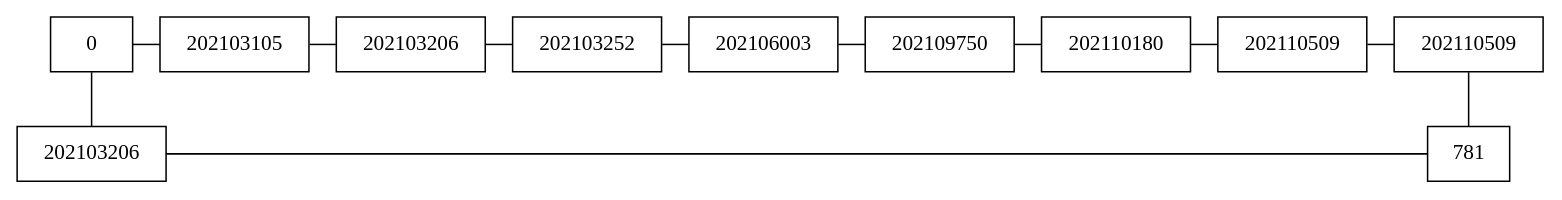
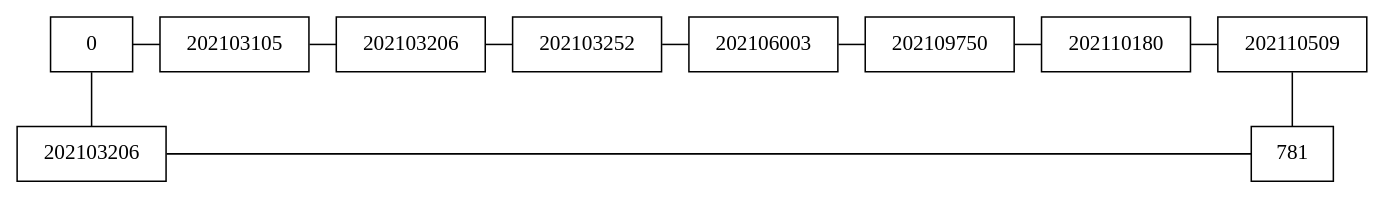
Before and after one commit to Juanj098/EDD_VD2S2023_PY_201900532: the diagram in matriz.dot, drawn with Graphviz. The commit also changed 4 other files, not shown here.

```diff
--- a/matriz.dot
+++ b/matriz.dot
@@ -1,32 +1,29 @@
 
 digraph G {
 	node[shape=cluster]
 	rankdir=UD
 	{rank = min
 		nodo00[label="0" rankdir=LR group="0"]
 		nodo20[label="202103105" rankdir=LR group="2"]
 		nodo30[label="202103206" rankdir=LR group="3"]
 		nodo40[label="202103252" rankdir=LR group="4"]
 		nodo50[label="202106003" rankdir=LR group="5"]
 		nodo60[label="202109750" rankdir=LR group="6"]
 		nodo70[label="202110180" rankdir=LR group="7"]
 		nodo80[label="202110509" rankdir=LR group="8"]
-		nodo90[label="202110509" rankdir=LR group="9"]
-}
+	}
 	{rank=same
-		nodo03[label="202103206" group="0"]
-		nodo93[label="781" group="9"]
-}
+		nodo02[label="202103206" group="0"]
+		nodo82[label="781" group="8"]
+	}
 	nodo00 -> nodo20[arrowhead=none]
 	nodo20 -> nodo30[arrowhead=none]
 	nodo30 -> nodo40[arrowhead=none]
 	nodo40 -> nodo50[arrowhead=none]
 	nodo50 -> nodo60[arrowhead=none]
 	nodo60 -> nodo70[arrowhead=none]
 	nodo70 -> nodo80[arrowhead=none]
-	nodo80 -> nodo90[arrowhead=none]
-	nodo03 -> nodo93[arrowhead=none]
-	nodo00 -> nodo03[arrowhead=none]
-	// nodo80 -> nodo82[arrowhead=none]
-	nodo90 -> nodo93[arrowhead=none]
+	nodo02 -> nodo82[arrowhead=none]
+	nodo00 -> nodo02[arrowhead=none]
+	nodo80 -> nodo82[arrowhead=none]
 }
```
